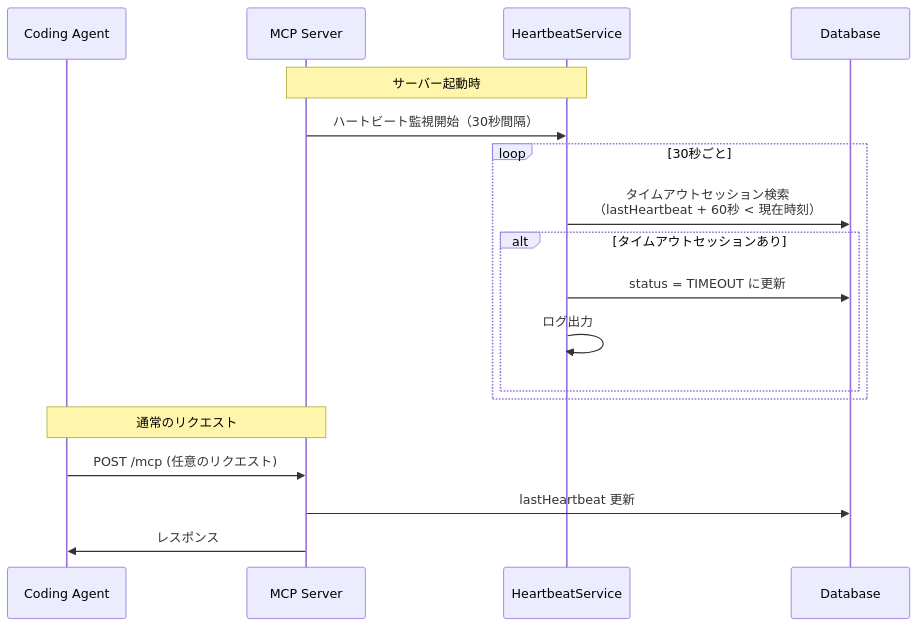
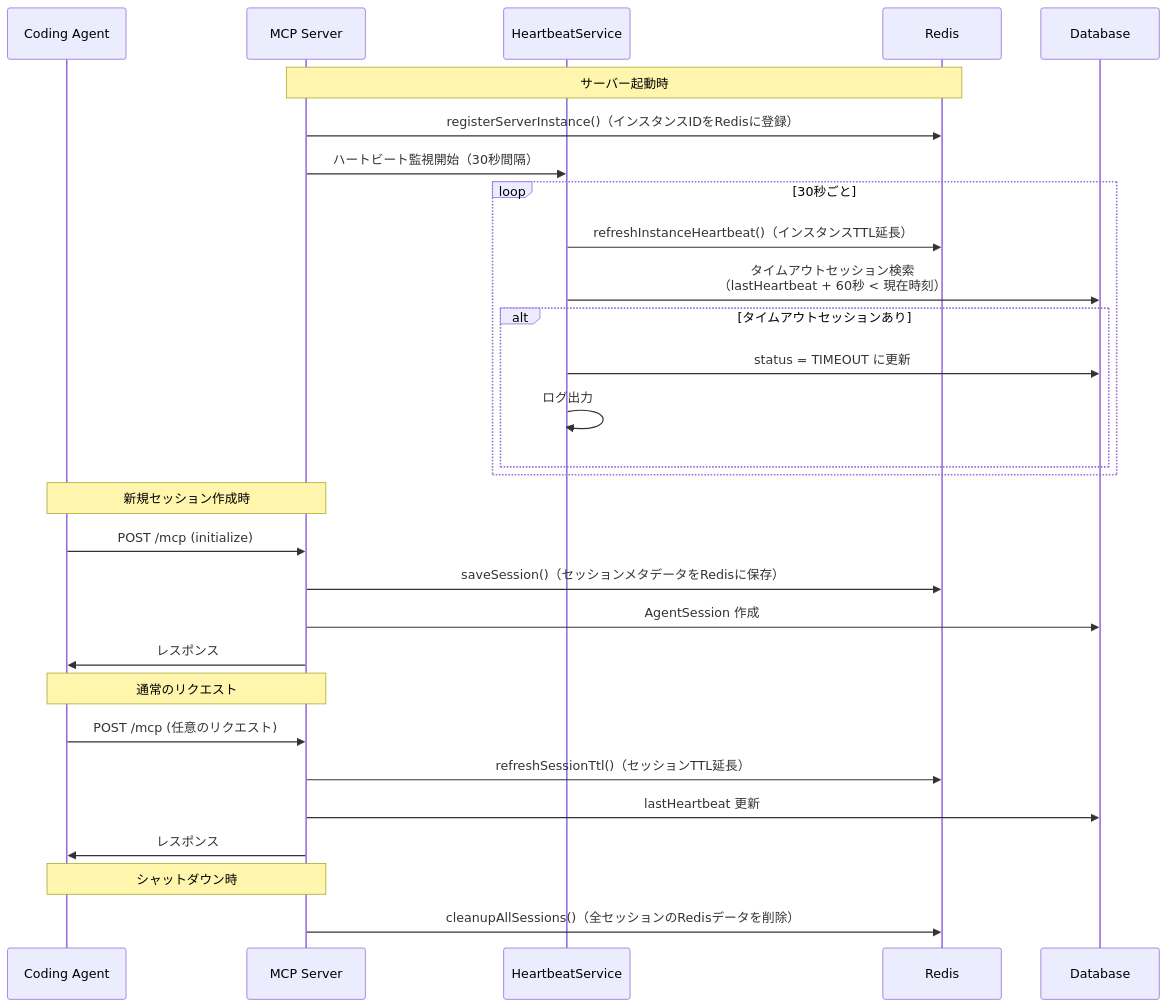
Before and after one commit to tsutsumi389/agentest: the sixth of 9 diagrams in docs/architecture/features/mcp-integration.md, drawn with Mermaid. The commit also changed other lines of this file and 6 other files, not shown here.

````diff
--- a/docs/architecture/features/mcp-integration.md
+++ b/docs/architecture/features/mcp-integration.md
@@ -535,23 +547,36 @@
 ```mermaid
 sequenceDiagram
     participant A as Coding Agent
     participant M as MCP Server
     participant H as HeartbeatService
+    participant R as Redis
     participant DB as Database
 
-    Note over M,H: サーバー起動時
+    Note over M,R: サーバー起動時
+    M->>R: registerServerInstance()（インスタンスIDをRedisに登録）
     M->>H: ハートビート監視開始（30秒間隔）
 
     loop 30秒ごと
+        H->>R: refreshInstanceHeartbeat()（インスタンスTTL延長）
         H->>DB: タイムアウトセッション検索<br/>（lastHeartbeat + 60秒 < 現在時刻）
         alt タイムアウトセッションあり
             H->>DB: status = TIMEOUT に更新
             H->>H: ログ出力
         end
     end
 
+    Note over A,M: 新規セッション作成時
+    A->>M: POST /mcp (initialize)
+    M->>R: saveSession()（セッションメタデータをRedisに保存）
+    M->>DB: AgentSession 作成
+    M->>A: レスポンス
+
     Note over A,M: 通常のリクエスト
     A->>M: POST /mcp (任意のリクエスト)
+    M->>R: refreshSessionTtl()（セッションTTL延長）
     M->>DB: lastHeartbeat 更新
     M->>A: レスポンス
+
+    Note over A,M: シャットダウン時
+    M->>R: cleanupAllSessions()（全セッションのRedisデータを削除）
 ```
````
